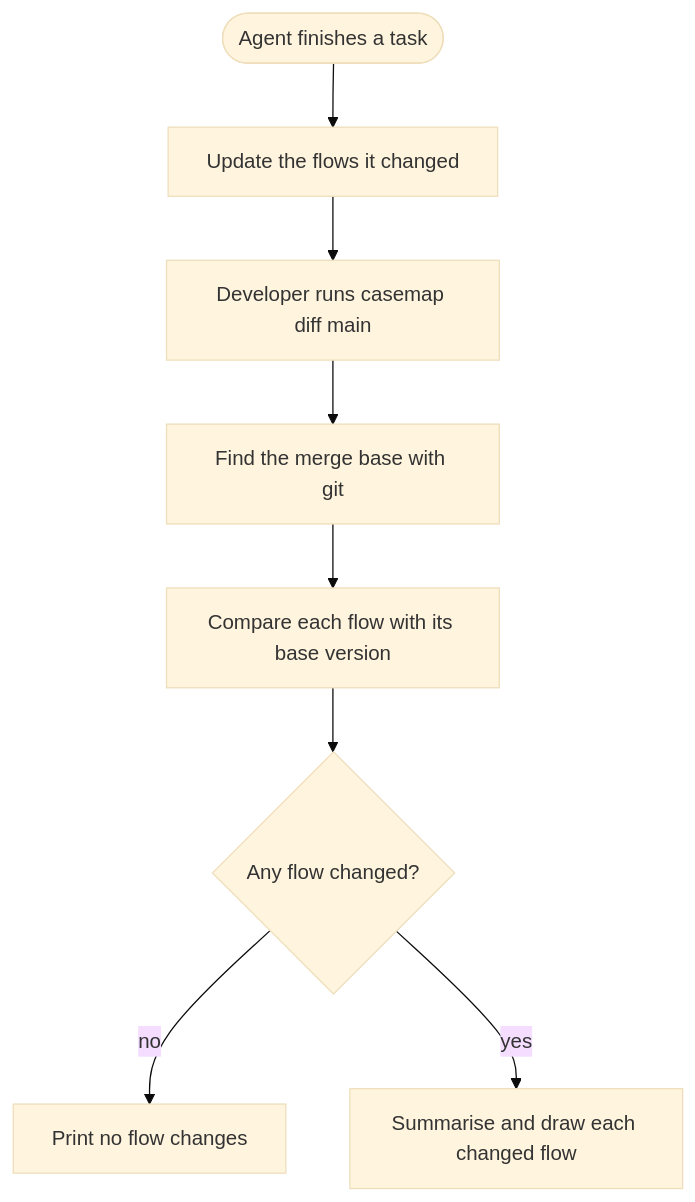
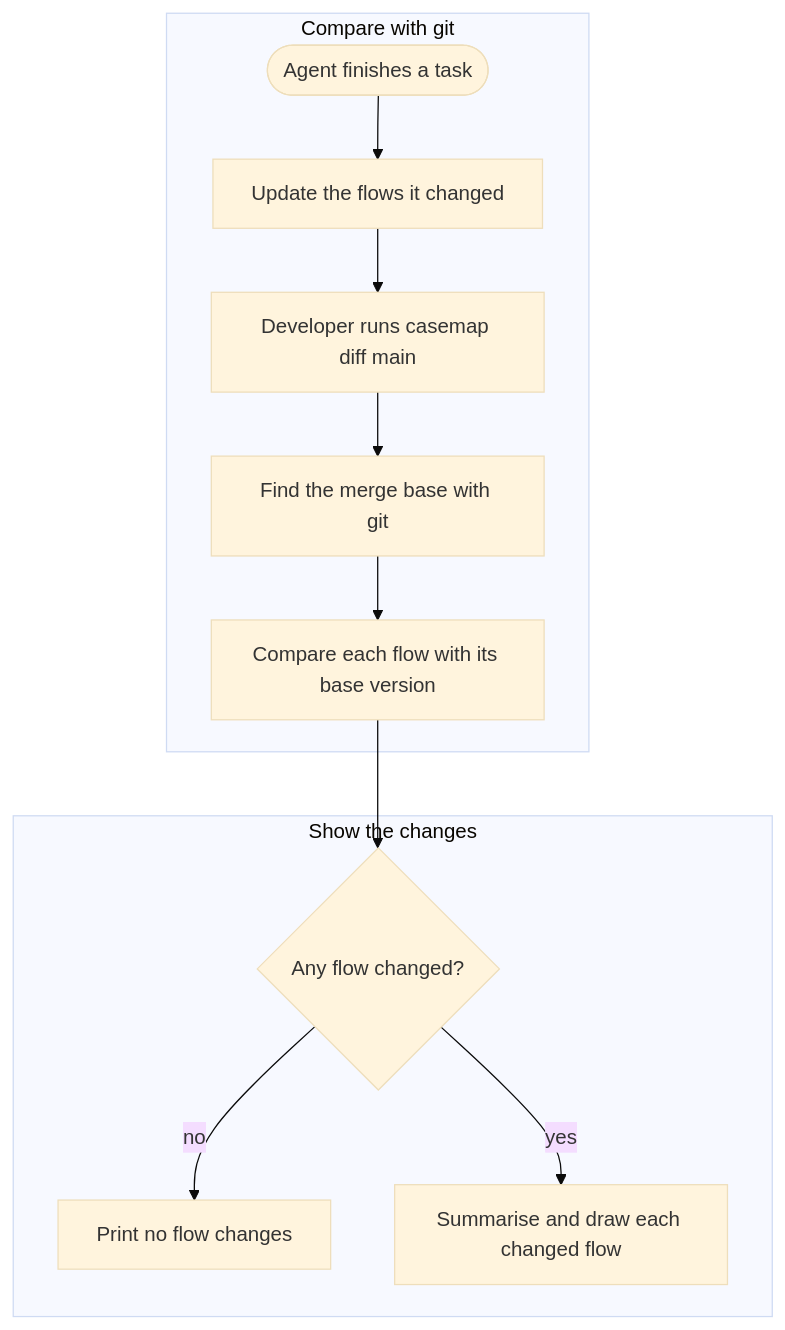
The diagram in docs/flows/review-flow-changes.md (Ross-cripto/casemap), drawn with Mermaid (base theme) before and after one commit. The commit also changed 178 other files, not shown here.

First line of the commit message:
feat!: draw use-case flows as images with sections, icons and jumps

````diff
--- a/docs/flows/review-flow-changes.md
+++ b/docs/flows/review-flow-changes.md
@@ -5,12 +5,22 @@
 ```mermaid
 flowchart TD
-    agent([Agent finishes a task]) --> update[Update the flows it changed]
-    update --> dev[Developer runs casemap diff main]
-    dev --> base[Find the merge base with git]
-    base --> compare[Compare each flow with its base version]
-    compare --> any{Any flow changed?}
-    any -->|no| none[Print no flow changes]
-    any -->|yes| report[Summarise and draw each changed flow]
+    subgraph comparison [Compare with git]
+        agent([Agent finishes a task]) --> update[Update the flows it changed]
+        update --> dev[Developer runs casemap diff main]
+        dev --> base[Find the merge base with git]
+        base --> compare[Compare each flow with its base version]
+    end
+    subgraph result [Show the changes]
+        any{Any flow changed?} -->|no| none[Print no flow changes]
+        any -->|yes| report[Summarise and draw each changed flow]
+    end
+    compare --> any
+    %% @icon agent bot
+    %% @icon update file
+    %% @icon dev terminal
+    %% @icon base git-branch
+    %% @icon compare git-compare
+    %% @icon report image
     %% @code base src/git.rs
     %% @code compare src/diff.rs src/flows.rs
 ```
````
